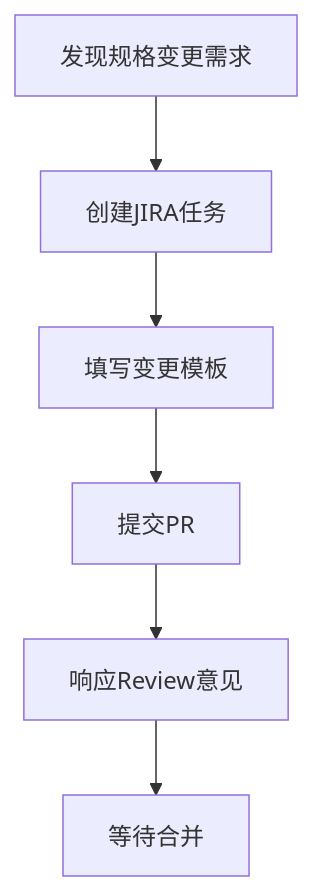
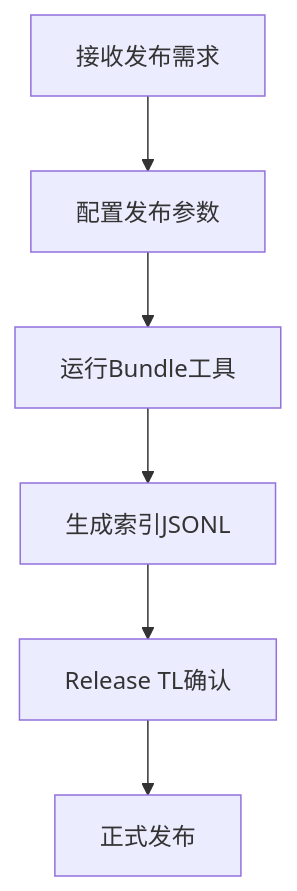
Before and after one commit to magis-techno/DataSpecHub: the fourth of 5 diagrams in docs/ROLES_AND_RESPONSIBILITIES.md, drawn with Mermaid. The commit also changed other lines of this file and 67 other files, not shown here.

````diff
--- a/docs/ROLES_AND_RESPONSIBILITIES.md
+++ b/docs/ROLES_AND_RESPONSIBILITIES.md
@@ -24,8 +229,8 @@
 ```mermaid
 graph TD
-    A[发现规格变更需求] --> B[创建JIRA任务]
-    B --> C[填写变更模板]
-    C --> D[提交PR]
-    D --> E[响应Review意见]
-    E --> F[等待合并]
+    A[接收发布需求] --> B[配置发布参数]
+    B --> C[运行Bundle工具]
+    C --> D[生成索引JSONL]
+    D --> E[Release TL确认]
+    E --> F[正式发布]
 ```
````
